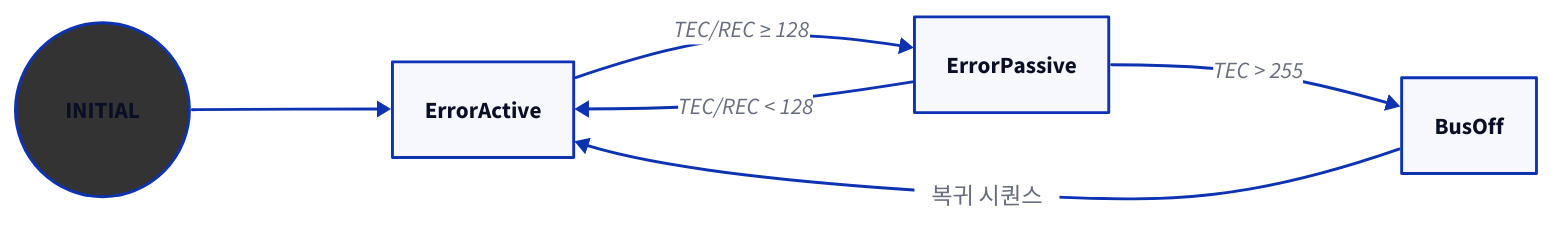
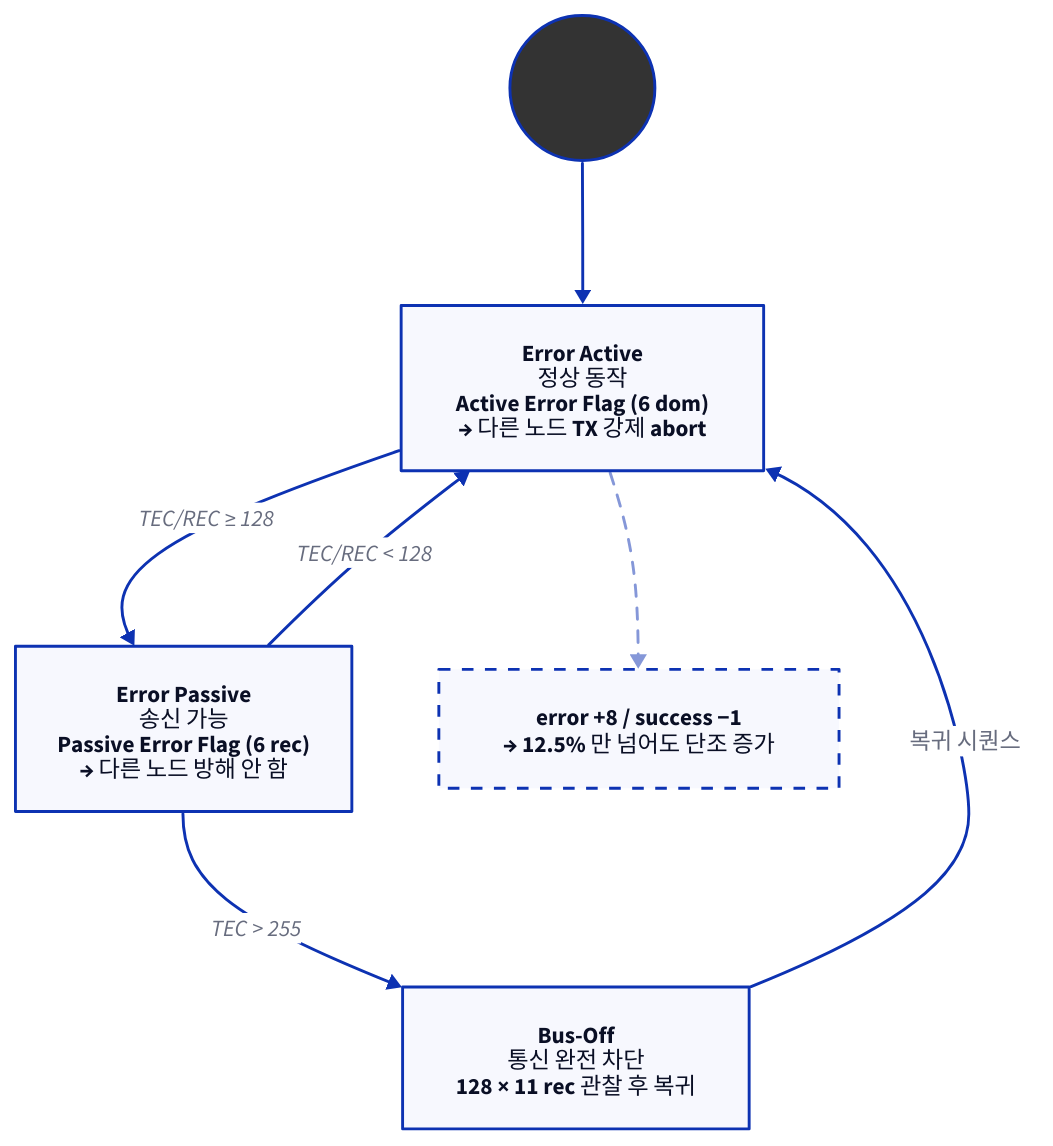
One commit to humbleowl39/DV_SKOOL changed the third of 6 diagrams in topics/automotive_cybersecurity/docs/01_can_bus_fundamentals.md. Above: the diagram before and after it, drawn with D2. The commit also changed other lines of this file and 90 other files, not shown here.

First line of the commit message:
docs: 전 토픽 다이어그램 정비 — ASCII→D2, mermaid→D2, 과대 D2 가시성 수정

````diff
--- a/topics/automotive_cybersecurity/docs/01_can_bus_fundamentals.md
+++ b/topics/automotive_cybersecurity/docs/01_can_bus_fundamentals.md
@@ -234,17 +234,16 @@
 ```d2
-direction: right
+direction: down
 
-INITIAL { shape: circle; style.fill: "#333" }
+INITIAL: "" { shape: circle; style.fill: "#333" }
+ErrorActive: "Error Active\n정상 동작\nActive Error Flag (6 dom)\n→ 다른 노드 TX 강제 abort"
+ErrorPassive: "Error Passive\n송신 가능\nPassive Error Flag (6 rec)\n→ 다른 노드 방해 안 함"
+BusOff: "Bus-Off\n통신 완전 차단\n128 × 11 rec 관찰 후 복귀"
+NOTE: "error +8 / success −1\n→ 12.5% 만 넘어도 단조 증가" { shape: rectangle; style.stroke-dash: 4 }
+
 INITIAL -> ErrorActive
-# unparsed: ErrorActive: Error Active<br/>정상 동작<br/>Active Error Flag (6 dom)<br/>→ 다른 노드 transmission 강제 abort
-# unparsed: ErrorPassive: Error Passive<br/>송신 가능<br/>Passive Error Flag (6 rec)<br/>→ 다른 노드 방해 안 함
-# unparsed: BusOff: Bus-Off<br/>통신 완전 차단<br/>128 × 11 rec 관찰 후 복귀
 ErrorActive -> ErrorPassive: "TEC/REC ≥ 128"
 ErrorPassive -> BusOff: "TEC > 255"
 ErrorPassive -> ErrorActive: "TEC/REC < 128"
 BusOff -> ErrorActive: "복귀 시퀀스"
-# unparsed: note right of ErrorActive
-# unparsed: error 시 +8 / success 시 −1
-# unparsed: → 12.5% 만 넘어도 단조 증가
-# unparsed: end note
+ErrorActive -> NOTE { style.stroke-dash: 4; style.opacity: 0.5 }
 ```
````
